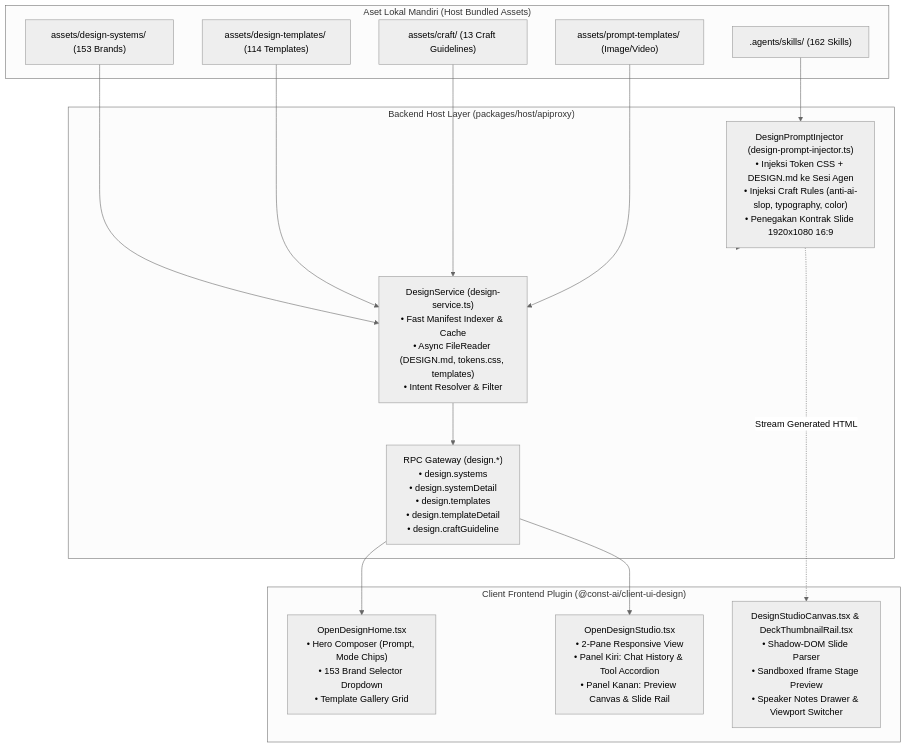
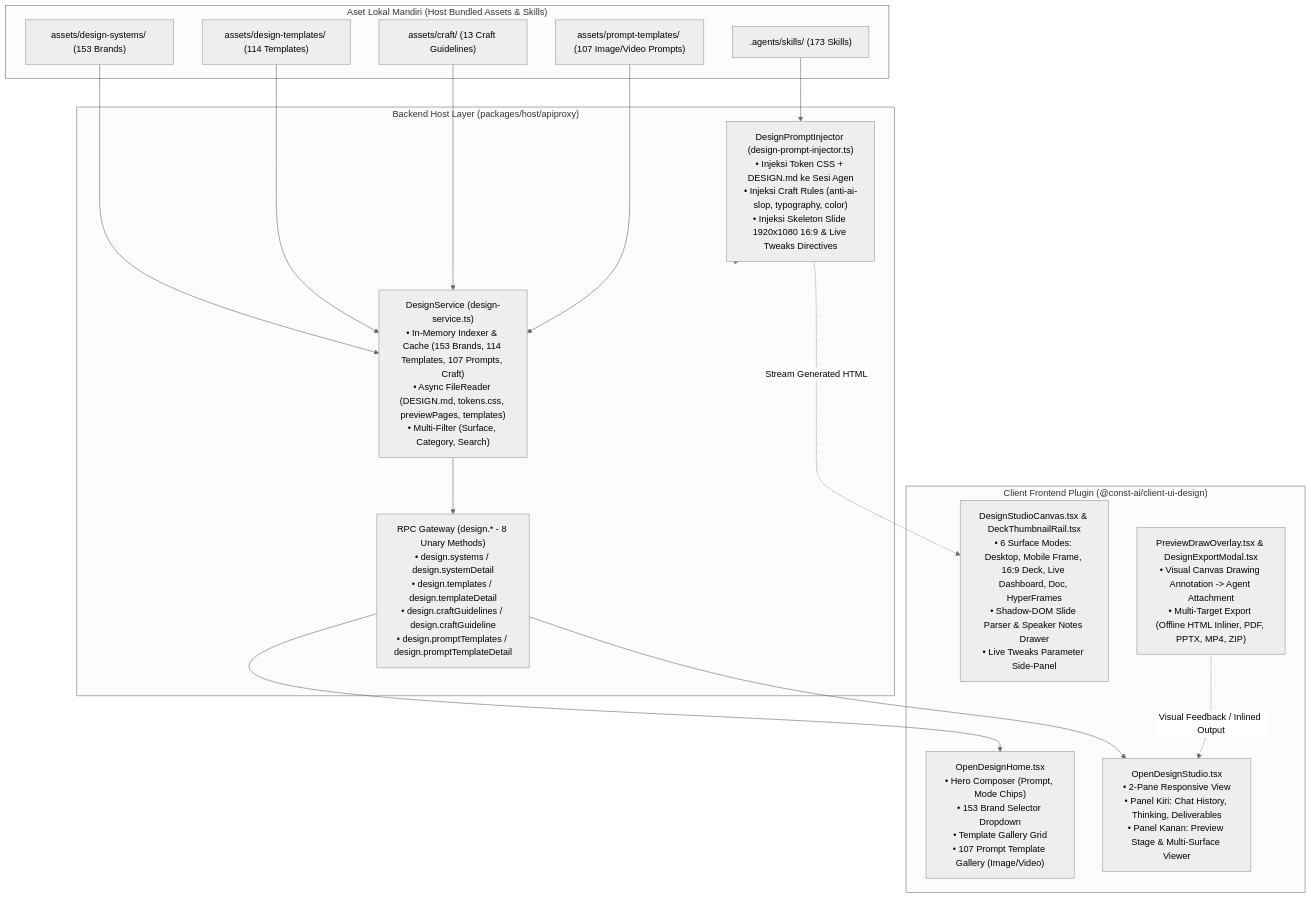
One commit to alifconstantine/const-harness changed the diagram in opendesign_implementation.md. Above: the diagram before and after it, drawn with Mermaid (neutral theme). The commit also changed other lines of this file and 367 other files, not shown here.

Commit message:
feat(design): complete phase 1 backend foundation with 8 rpc methods and deduplicate skills

````diff
--- a/opendesign_implementation.md
+++ b/opendesign_implementation.md
@@ -25,35 +25,37 @@
 ```mermaid
 graph TD
-    subgraph Storage ["Aset Lokal Mandiri (Host Bundled Assets)"]
+    subgraph Storage ["Aset Lokal Mandiri (Host Bundled Assets & Skills)"]
         DS_Assets["assets/design-systems/ (153 Brands)"]
         DT_Assets["assets/design-templates/ (114 Templates)"]
         Craft_Assets["assets/craft/ (13 Craft Guidelines)"]
-        Prompt_Assets["assets/prompt-templates/ (Image/Video)"]
-        Skills_Assets[".agents/skills/ (162 Skills)"]
+        Prompt_Assets["assets/prompt-templates/ (107 Image/Video Prompts)"]
+        Skills_Assets[".agents/skills/ (173 Skills)"]
     end
 
     subgraph Host_Backend ["Backend Host Layer (packages/host/apiproxy)"]
-        Design_Service["DesignService (design-service.ts)<br/>• Fast Manifest Indexer & Cache<br/>• Async FileReader (DESIGN.md, tokens.css, templates)<br/>• Intent Resolver & Filter"]
-        Prompt_Injector["DesignPromptInjector (design-prompt-injector.ts)<br/>• Injeksi Token CSS + DESIGN.md ke Sesi Agen<br/>• Injeksi Craft Rules (anti-ai-slop, typography, color)<br/>• Penegakan Kontrak Slide 1920x1080 16:9"]
-        RPC_Map["RPC Gateway (design.*)<br/>• design.systems<br/>• design.systemDetail<br/>• design.templates<br/>• design.templateDetail<br/>• design.craftGuideline"]
+        Design_Service["DesignService (design-service.ts)<br/>• In-Memory Indexer & Cache (153 Brands, 114 Templates, 107 Prompts, Craft)<br/>• Async FileReader (DESIGN.md, tokens.css, previewPages, templates)<br/>• Multi-Filter (Surface, Category, Search)"]
+        Prompt_Injector["DesignPromptInjector (design-prompt-injector.ts)<br/>• Injeksi Token CSS + DESIGN.md ke Sesi Agen<br/>• Injeksi Craft Rules (anti-ai-slop, typography, color)<br/>• Injeksi Skeleton Slide 1920x1080 16:9 & Live Tweaks Directives"]
+        RPC_Map["RPC Gateway (design.* - 8 Unary Methods)<br/>• design.systems / design.systemDetail<br/>• design.templates / design.templateDetail<br/>• design.craftGuidelines / design.craftGuideline<br/>• design.promptTemplates / design.promptTemplateDetail"]
     end
 
     subgraph Client_Frontend ["Client Frontend Plugin (@const-ai/client-ui-design)"]
-        UI_Home["OpenDesignHome.tsx<br/>• Hero Composer (Prompt, Mode Chips)<br/>• 153 Brand Selector Dropdown<br/>• Template Gallery Grid"]
-        UI_Studio["OpenDesignStudio.tsx<br/>• 2-Pane Responsive View<br/>• Panel Kiri: Chat History & Tool Accordion<br/>• Panel Kanan: Preview Canvas & Slide Rail"]
-        UI_Canvas["DesignStudioCanvas.tsx & DeckThumbnailRail.tsx<br/>• Shadow-DOM Slide Parser<br/>• Sandboxed Iframe Stage Preview<br/>• Speaker Notes Drawer & Viewport Switcher"]
+        UI_Home["OpenDesignHome.tsx<br/>• Hero Composer (Prompt, Mode Chips)<br/>• 153 Brand Selector Dropdown<br/>• Template Gallery Grid<br/>• 107 Prompt Template Gallery (Image/Video)"]
+        UI_Studio["OpenDesignStudio.tsx<br/>• 2-Pane Responsive View<br/>• Panel Kiri: Chat History, Thinking, Deliverables<br/>• Panel Kanan: Preview Stage & Multi-Surface Viewer"]
+        UI_Canvas["DesignStudioCanvas.tsx & DeckThumbnailRail.tsx<br/>• 6 Surface Modes: Desktop, Mobile Frame, 16:9 Deck, Live Dashboard, Doc, HyperFrames<br/>• Shadow-DOM Slide Parser & Speaker Notes Drawer<br/>• Live Tweaks Parameter Side-Panel"]
+        UI_Tools["PreviewDrawOverlay.tsx & DesignExportModal.tsx<br/>• Visual Canvas Drawing Annotation -> Agent Attachment<br/>• Multi-Target Export (Offline HTML Inliner, PDF, PPTX, MP4, ZIP)"]
     end
 
     DS_Assets --> Design_Service
     DT_Assets --> Design_Service
     Craft_Assets --> Design_Service
     Prompt_Assets --> Design_Service
     Skills_Assets --> Prompt_Injector
 
     Design_Service --> RPC_Map
     Prompt_Injector --> Host_Backend
 
     RPC_Map --> UI_Home
     RPC_Map --> UI_Studio
     Prompt_Injector -.->|Stream Generated HTML| UI_Canvas
+    UI_Tools -.->|Visual Feedback / Inlined Output| UI_Studio
 ```
````
